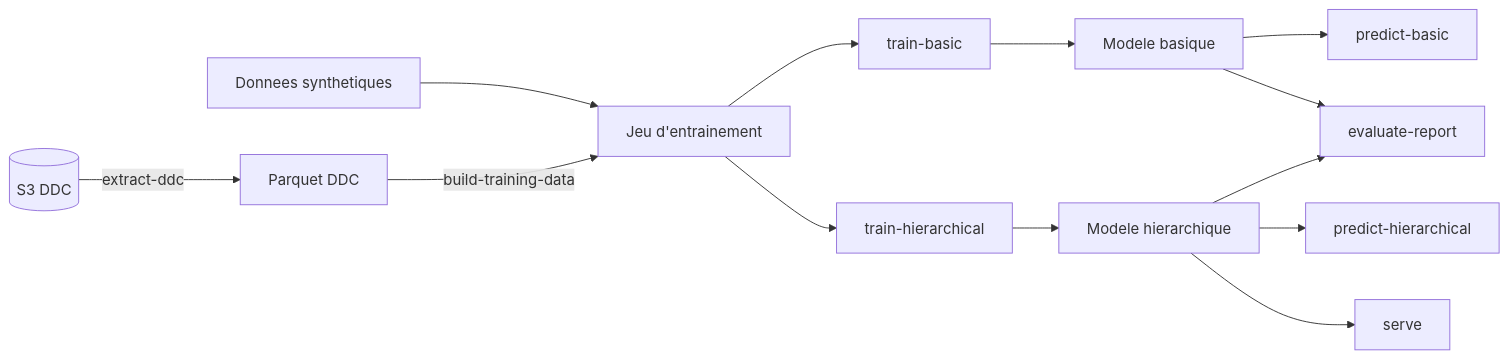
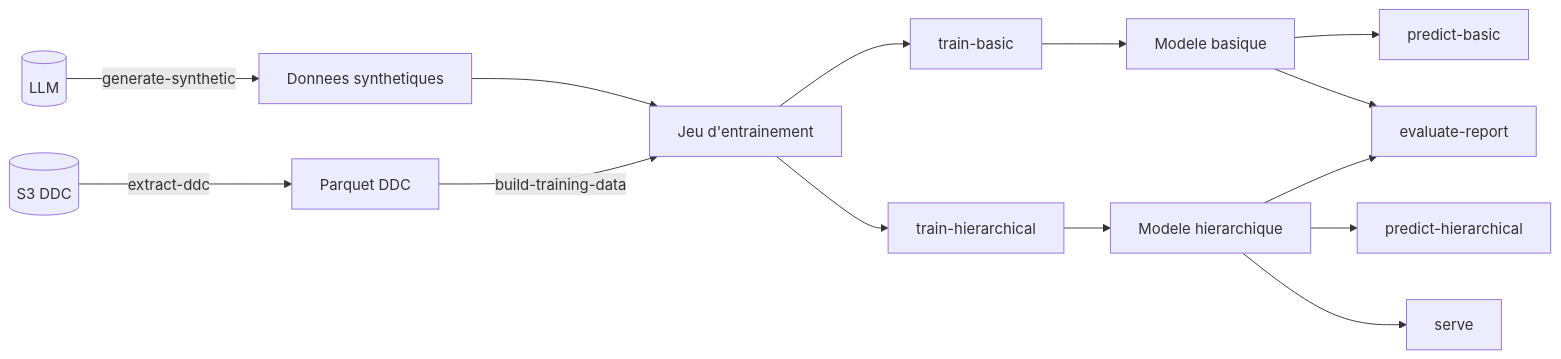
The first of 5 diagrams in classify-ttc/README.md (InseeFrLab/codif-coicop-bdf), drawn with Mermaid before and after one commit. The commit also changed other lines of this file and 11 other files, not shown here.

````diff
--- a/classify-ttc/README.md
+++ b/classify-ttc/README.md
@@ -25,15 +25,16 @@
 ```mermaid
 flowchart LR
     S3[(S3 DDC)] -->|extract-ddc| DDC[Parquet DDC]
-    SYN[Donnees synthetiques] --> BUILD
+    LLM[(LLM)] -->|generate-synthetic| SYN[Donnees synthetiques]
+    SYN --> BUILD
     DDC -->|build-training-data| BUILD[Jeu d'entrainement]
     BUILD --> TRAIN_B[train-basic]
     BUILD --> TRAIN_H[train-hierarchical]
     TRAIN_B --> MODEL_B[Modele basique]
     TRAIN_H --> MODEL_H[Modele hierarchique]
     MODEL_B --> PREDICT[predict-basic]
     MODEL_H --> PREDICT_H[predict-hierarchical]
     MODEL_B --> EVAL[evaluate-report]
     MODEL_H --> EVAL
     MODEL_H --> API[serve]
 ```
````
